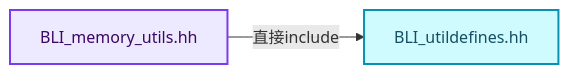
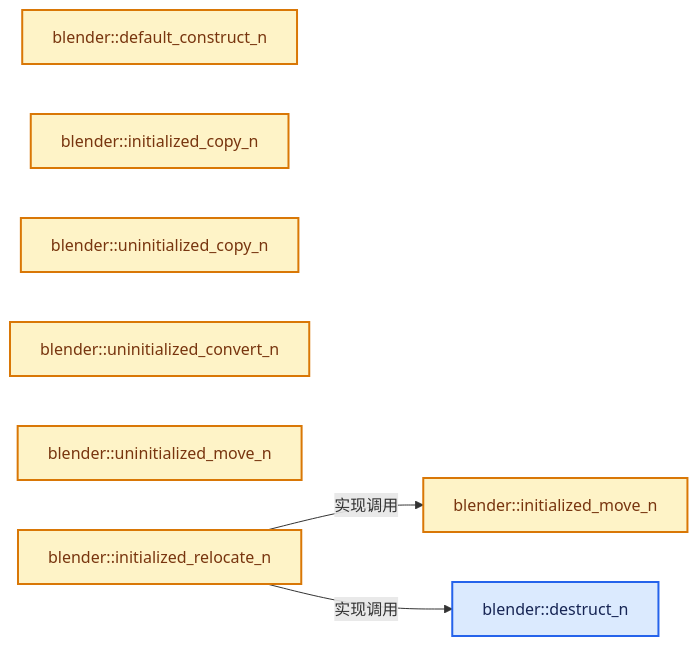
The second of 4 diagrams in 杂/markdown/全面学习-codex/01-基础容器与现代CPP/01-对象生命周期与值类别.md (yunkezengren/blender-.vscode), drawn with Mermaid before and after one commit. The commit also changed other lines of this file and 1930 other files, not shown here.

````diff
--- a/杂/markdown/全面学习-codex/01-基础容器与现代CPP/01-对象生命周期与值类别.md
+++ b/杂/markdown/全面学习-codex/01-基础容器与现代CPP/01-对象生命周期与值类别.md
@@ -83,12 +46,19 @@
 ```mermaid
 flowchart LR
-  S["BLI_memory_utils.hh"]:::abstraction
-  I0["BLI_utildefines.hh"]:::data
-  S -->|"直接include"| I0
+  F0["blender::destruct_n"]:::input
+  F1["blender::default_construct_n"]:::compute
+  F2["blender::initialized_copy_n"]:::compute
+  F3["blender::uninitialized_copy_n"]:::compute
+  F4["blender::uninitialized_convert_n"]:::compute
+  F5["blender::initialized_move_n"]:::compute
+  F6["blender::uninitialized_move_n"]:::compute
+  F7["blender::initialized_relocate_n"]:::compute
+  F7 -->|"实现调用"| F5
+  F7 -->|"实现调用"| F0
   classDef input fill:#DBEAFE,stroke:#2563EB,color:#172554,stroke-width:2px;
   classDef data fill:#CFFAFE,stroke:#0891B2,color:#164E63,stroke-width:2px;
   classDef abstraction fill:#EDE9FE,stroke:#7C3AED,color:#3B0764,stroke-width:2px;
   classDef compute fill:#FEF3C7,stroke:#D97706,color:#78350F,stroke-width:2px;
   classDef result fill:#DCFCE7,stroke:#16A34A,color:#14532D,stroke-width:2px;
   classDef error fill:#FEE2E2,stroke:#DC2626,color:#7F1D1D,stroke-width:2px;
 ```
````
